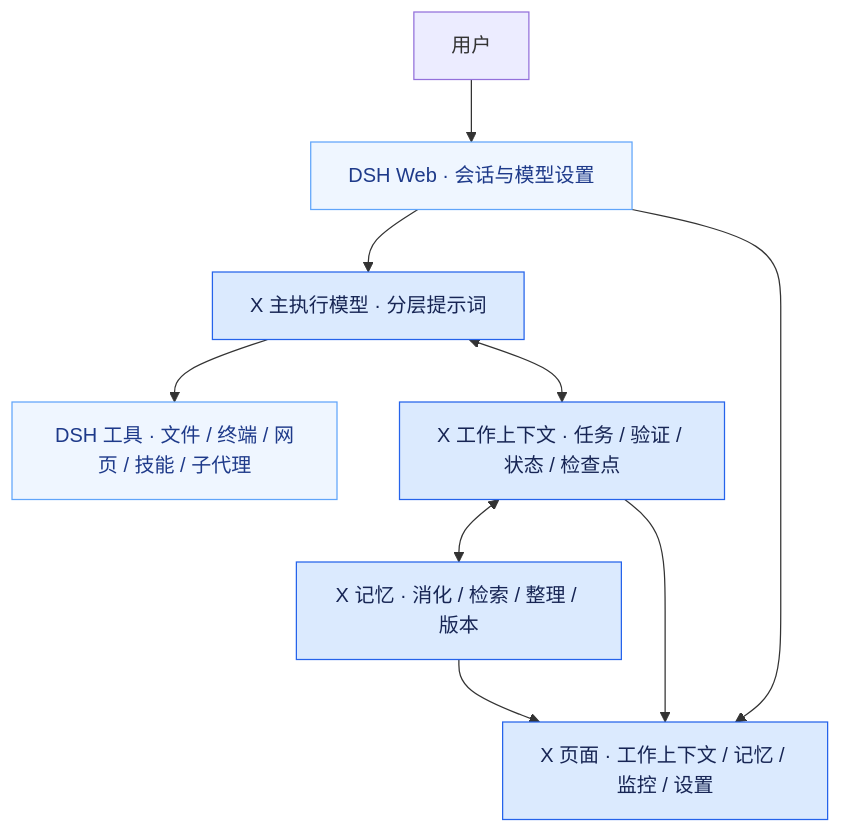
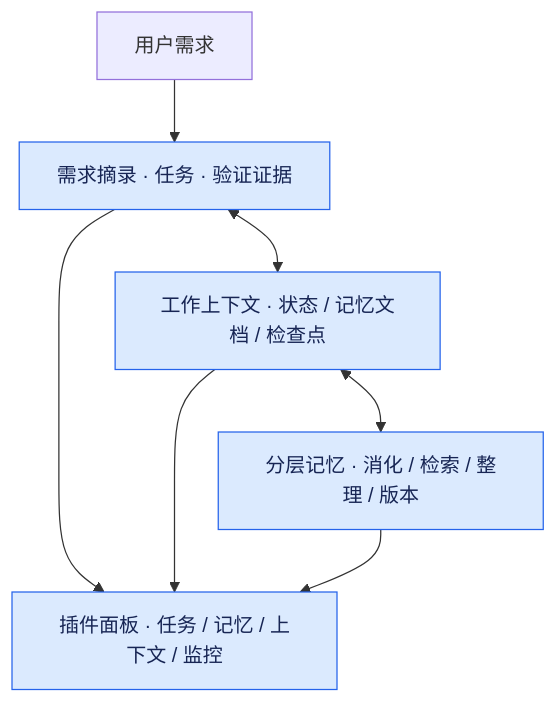
The diagram in README.md (gulagala001/oh-my-dsh), drawn with Mermaid before and after one commit. The commit also changed other lines of this file and 1 other file, not shown here.

````diff
--- a/README.md
+++ b/README.md
@@ -32,15 +24,11 @@
 ```mermaid
 flowchart TB
-    U[用户] --> W[DSH Web · 会话与模型设置]
-    W --> A[X 主执行模型 · 分层提示词]
-    A --> T[DSH 工具 · 文件 / 终端 / 网页 / 技能 / 子代理]
-    A <--> C[X 工作上下文 · 任务 / 验证 / 状态 / 检查点]
-    C <--> M[X 记忆 · 消化 / 检索 / 整理 / 版本]
-    W --> P[X 页面 · 工作上下文 / 记忆 / 监控 / 设置]
+    U[用户需求] --> A[需求摘录 · 任务 · 验证证据]
+    A <--> C[工作上下文 · 状态 / 记忆文档 / 检查点]
+    C <--> M[分层记忆 · 消化 / 检索 / 整理 / 版本]
+    A --> P[插件面板 · 任务 / 记忆 / 上下文 / 监控]
     C --> P
     M --> P
-    classDef host fill:#eff6ff,stroke:#60a5fa,color:#1e3a8a
     classDef plugin fill:#dbeafe,stroke:#2563eb,color:#172554
-    class W,T host
     class A,C,M,P plugin
 ```
````
